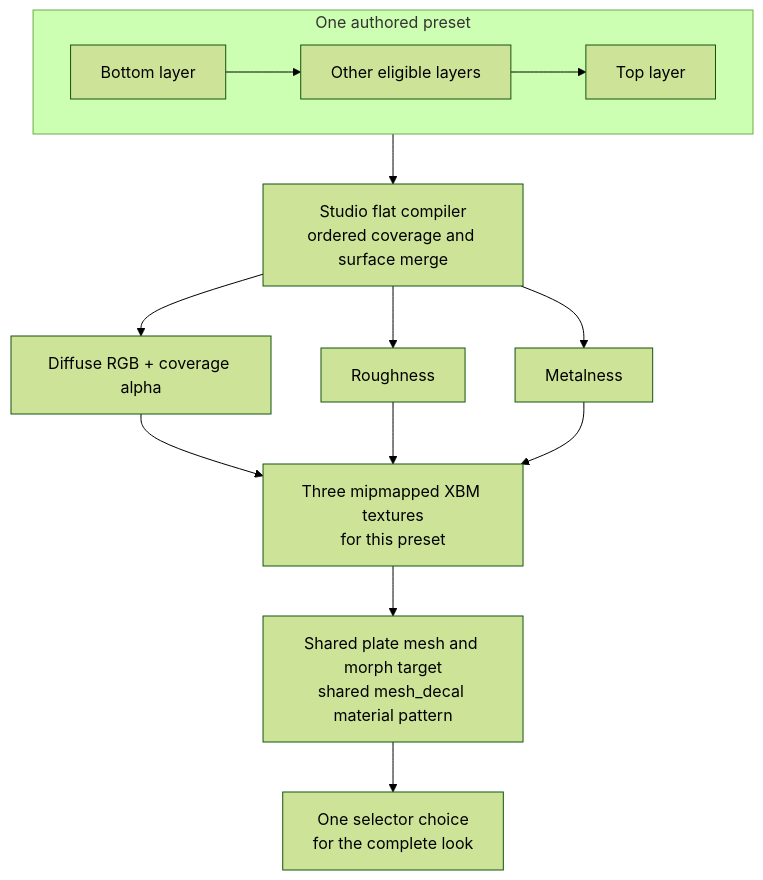
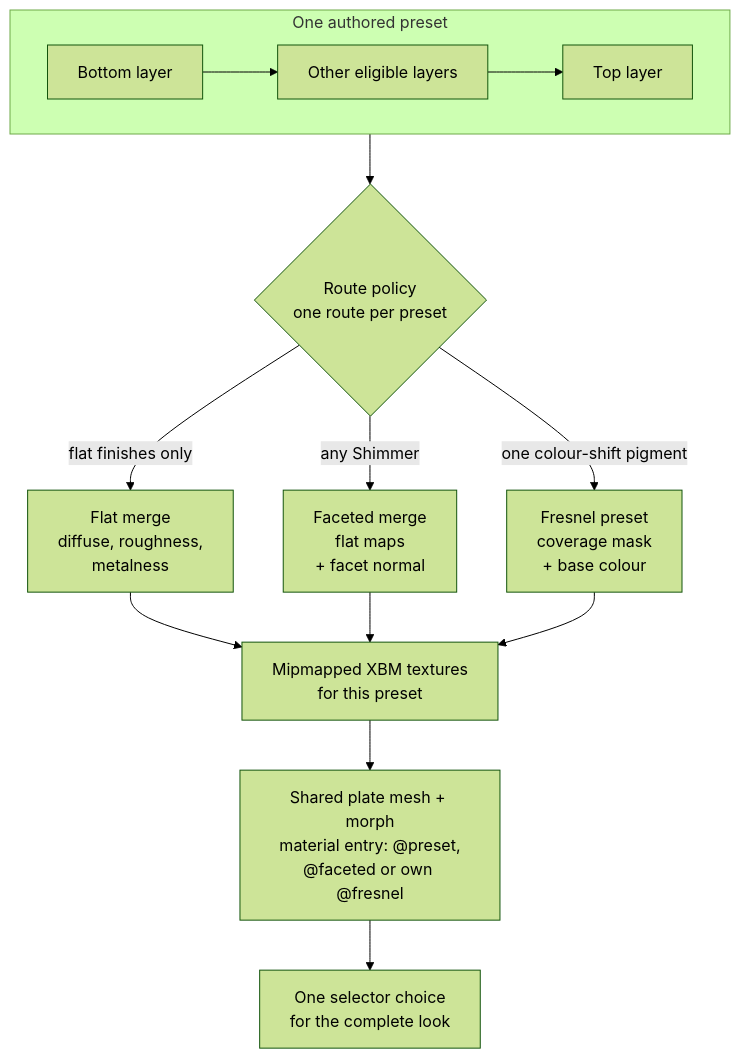
The third of 3 diagrams in research/authoring/studio-to-mod-pipeline.md (axefrog/xf-studio), drawn with Mermaid (forest theme) before and after one commit. The commit also changed other lines of this file and 17 other files, not shown here.

````diff
--- a/research/authoring/studio-to-mod-pipeline.md
+++ b/research/authoring/studio-to-mod-pipeline.md
@@ -97,16 +105,16 @@
 ```mermaid
 flowchart TB
   subgraph one["One authored preset"]
     direction LR
     low["Bottom layer"] --> mid["Other eligible layers"] --> top["Top layer"]
   end
-  top --> merge["Studio flat compiler<br/>ordered coverage and surface merge"]
-  merge --> d["Diffuse RGB + coverage alpha"]
-  merge --> r["Roughness"]
-  merge --> m["Metalness"]
-  d --> maps["Three mipmapped XBM textures<br/>for this preset"]
-  r --> maps
-  m --> maps
-  maps --> shared["Shared plate mesh and morph target<br/>shared mesh_decal material pattern"]
+  top --> route{"Route policy<br/>one route per preset"}
+  route -- "flat finishes only" --> flat["Flat merge<br/>diffuse, roughness,<br/>metalness"]
+  route -- "any Shimmer" --> faceted["Faceted merge<br/>flat maps<br/>+ facet normal"]
+  route -- "one colour-shift pigment" --> fresnel["Fresnel preset<br/>coverage mask<br/>+ base colour"]
+  flat --> maps["Mipmapped XBM textures<br/>for this preset"]
+  faceted --> maps
+  fresnel --> maps
+  maps --> shared["Shared plate mesh + morph<br/>material entry: @preset,<br/>@faceted or own @fresnel"]
   shared --> choice["One selector choice<br/>for the complete look"]
 ```
````
